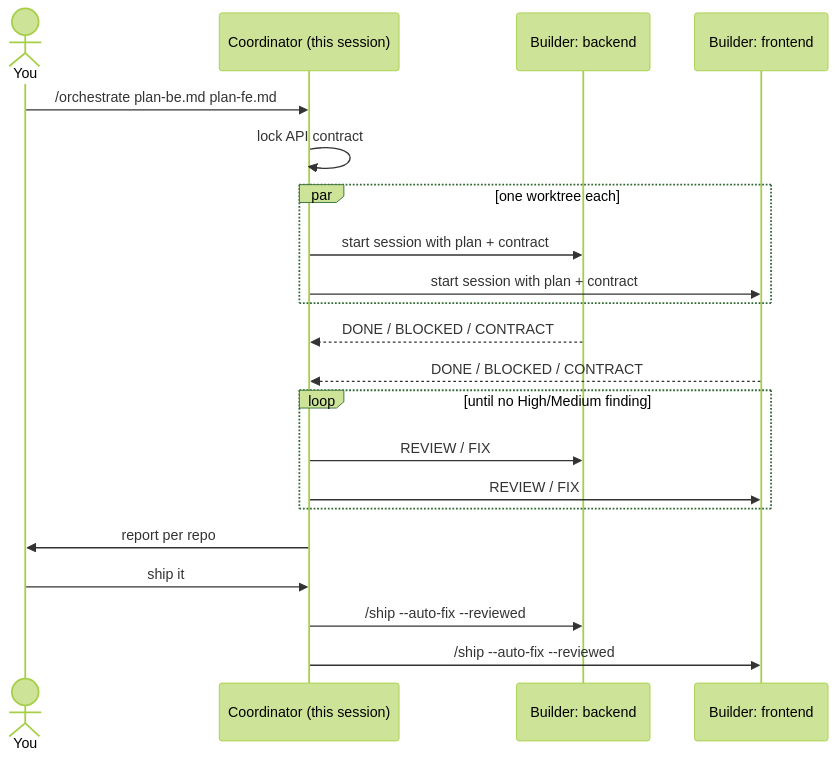
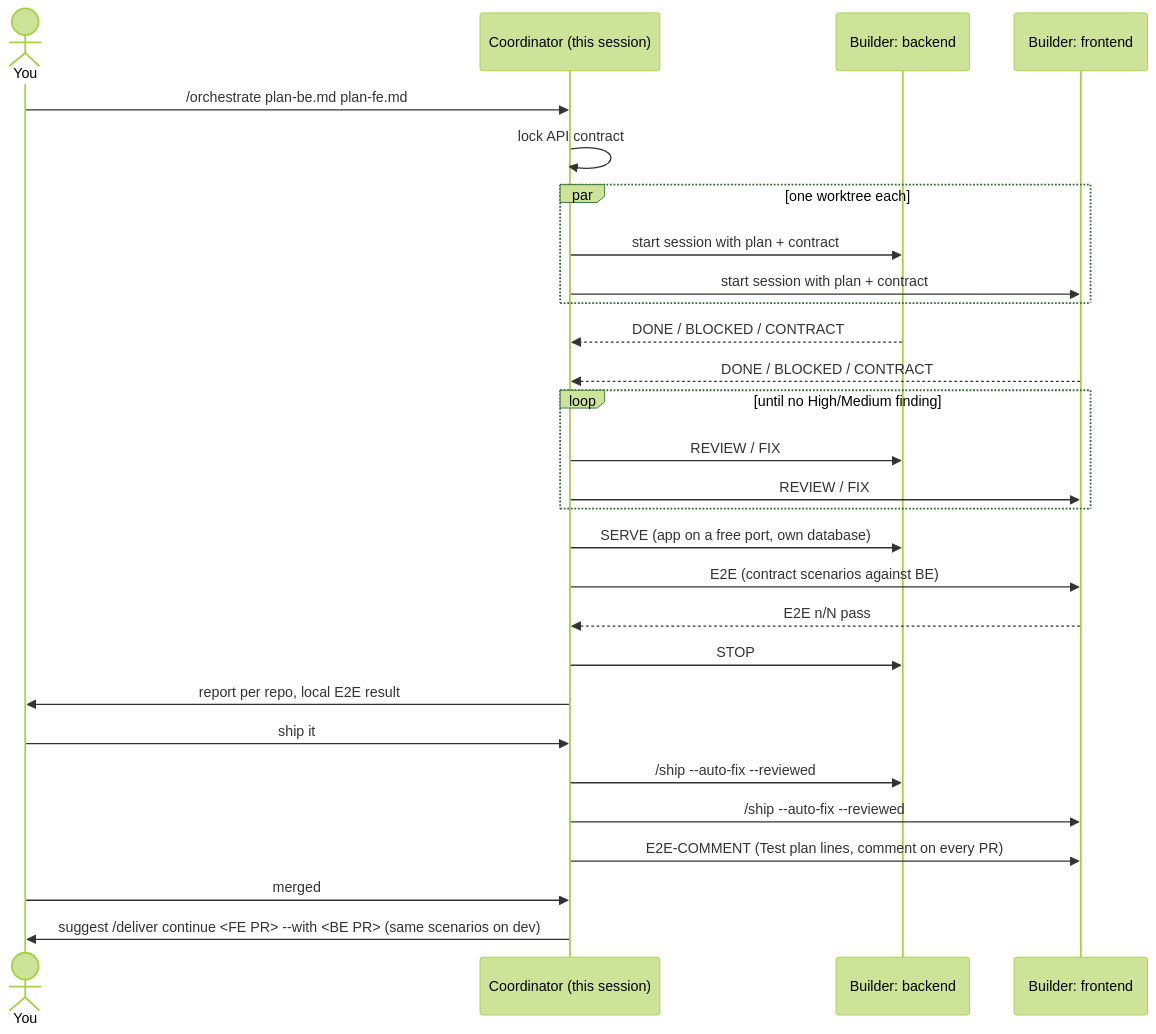
One commit to zahidakhyar/skills changed the third of 3 diagrams in README.md. Above: the diagram before and after it, drawn with Mermaid (forest theme). The commit also changed other lines of this file and 3 other files, not shown here.

````diff
--- a/README.md
+++ b/README.md
@@ -216,23 +217,30 @@
 ```mermaid
 sequenceDiagram
     actor You
     participant C as Coordinator (this session)
     participant BE as Builder: backend
     participant FE as Builder: frontend
     You->>C: /orchestrate plan-be.md plan-fe.md
     C->>C: lock API contract
     par one worktree each
         C->>BE: start session with plan + contract
         C->>FE: start session with plan + contract
     end
     BE-->>C: DONE / BLOCKED / CONTRACT
     FE-->>C: DONE / BLOCKED / CONTRACT
     loop until no High/Medium finding
         C->>BE: REVIEW / FIX
         C->>FE: REVIEW / FIX
     end
-    C->>You: report per repo
+    C->>BE: SERVE (app on a free port, own database)
+    C->>FE: E2E (contract scenarios against BE)
+    FE-->>C: E2E n/N pass
+    C->>BE: STOP
+    C->>You: report per repo, local E2E result
     You->>C: ship it
     C->>BE: /ship --auto-fix --reviewed
     C->>FE: /ship --auto-fix --reviewed
+    C->>FE: E2E-COMMENT (Test plan lines, comment on every PR)
+    You->>C: merged
+    C->>You: suggest /deliver continue <FE PR> --with <BE PR> (same scenarios on dev)
 ```
````
